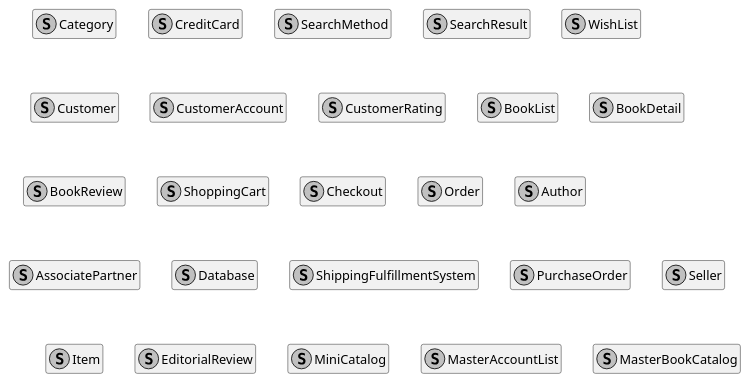
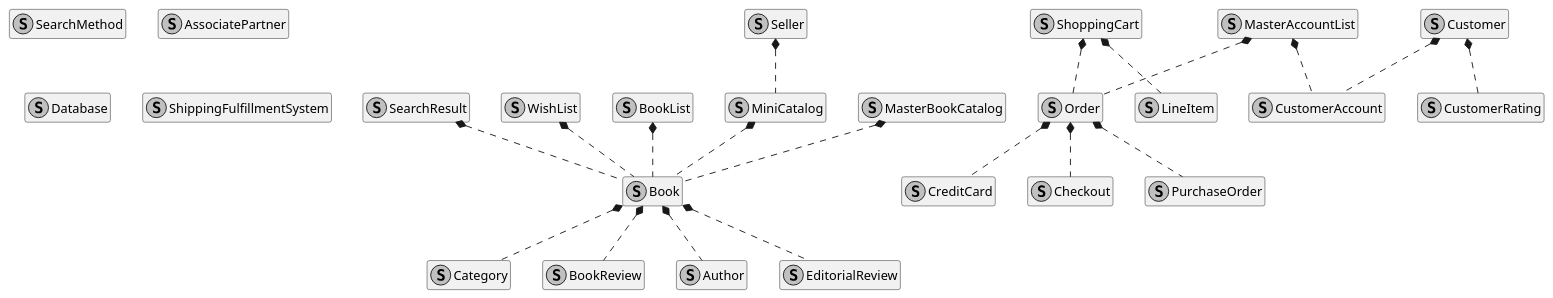
Before and after one commit to KokiHirokawa/useCase-driven-design: the diagram in chapter-1/domain-words-book-fixed.pu, drawn with PlantUML.

Commit message:
Remove deprecated objects

```diff
--- a/chapter-1/domain-words-book-fixed.pu
+++ b/chapter-1/domain-words-book-fixed.pu
@@ -1,109 +1,135 @@
 @startuml
 
 /'
     MasterBookCatalog があるので、MasterAccountList を採用    
     
     class AccountList <<S, silver>>
 '/
 /'
     一般的すぎる言葉なので除外
 
     class Internet <<S, silver>>
 '/
 class Category <<S, silver>>
 /'
     ドメインオブジェクトとしては小さすぎるため除外
     class Keyword <<S, silver>>
 '/
 class CreditCard <<S, silver>>
 class SearchMethod <<S, silver>>
 class SearchResult <<S, silver>>
 class WishList <<S, silver>>
 class Customer <<S, silver>>
 class CustomerAccount <<S, silver>>
 class CustomerRating <<S, silver>>
-/'
-    BookDetail を採用
-
-    class Book <<S, silver>>
-'/
+class Book <<S, silver>>
 class BookList <<S, silver>>
 /'
     MasterBookCatalog を採用
 
     class BookCatalog <<S, silver>>
 '/
-class BookDetail <<S, silver>>
-class BookDetail <<S, silver>>
+/'
+    Book を採用
+
+    class BookDetail <<S, silver>>
+'/
 class BookReview <<S, silver>>
 class ShoppingCart <<S, silver>>
 /'
     意味が広すぎるため除外
 
     class Bookstore <<S, silver>>
 '/
 class Checkout <<S, silver>>
 /'
     ドメインオブジェクトとしては小さすぎるため除外
     class Title <<S, silver>>
 '/
 class Order <<S, silver>>
 class Author <<S, silver>>
 class AssociatePartner <<S, silver>>
 class Database <<S, silver>>
 class ShippingFulfillmentSystem <<S, silver>>
 /'
     ドメインオブジェクトとしては小さすぎるため除外
 
     class Password <<S, silver>>
 '/
 class PurchaseOrder <<S, silver>>
 class Seller <<S, silver>>
-class Item <<S, silver>>
+/'
+    LineItem（取り扱い品目）に変更
+
+    class Item <<S, silver>>
+'/
+class LineItem <<S, silver>>
 class EditorialReview <<S, silver>>
 /'
     MasterBookCatalog を採用
 
     class MasterCatalog <<S, silver>>
 '/
 class MiniCatalog <<S, silver>>
 class MasterAccountList <<S, silver>>
 /'
     今回は CustomerAccount を採用（選択は自由）
 
     class UserAccount <<S, silver>>
 '/
 class MasterBookCatalog <<S, silver>>
 /'
     BookReview を採用
     
     class ReviewComment <<S, silver>>
 '/
 
 hide members
 
 /'
     重複した単語
 
     CustomerAccount .. UserAccount
     AccountList .. MasterAccountList
     BookReview .. ReviewComment
     BookCatalog .. MasterCatalog
     MasterCatalog .. MasterBookCatalog
     Book .. BookDetail
 '/
 
 /'
     「書籍一覧」は異なるタイプの一覧を包括的に表すための単語だと思われる
 
     BookList .. BookCatalog
 '/
 
 /'
     「品目」という単語は曖昧でぼんやりしているが、ショッピングカートに入れるモノを表している
     購入日時など本には直接的に関係のない属性が付与される可能性がある
 
     Book .. Item
 '/
 
+' 以下、書籍に掲載されたクラス図
+Customer *.. CustomerAccount
+MasterAccountList *.. CustomerAccount
+Customer *.. CustomerRating
+MasterAccountList *.. Order
+Order *.. Checkout
+Order *.. PurchaseOrder
+Order *.. CreditCard
+ShoppingCart *.. Order
+ShoppingCart *.. LineItem
+
+Book *.. Author
+Book *.. Category
+Book *.. BookReview
+Book *.. EditorialReview
+BookList *.. Book
+SearchResult *.. Book
+MasterBookCatalog *.. Book
+WishList *.. Book
+MiniCatalog *.. Book
+Seller *.. MiniCatalog
+
 @enduml
```
